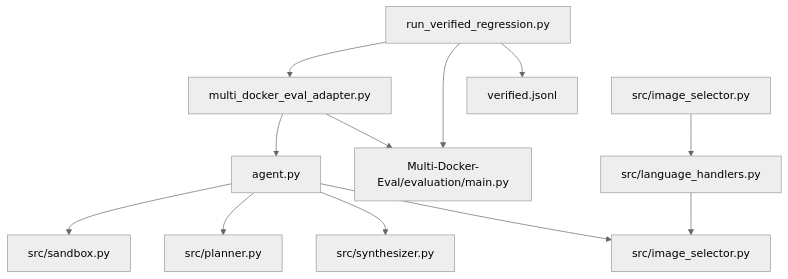
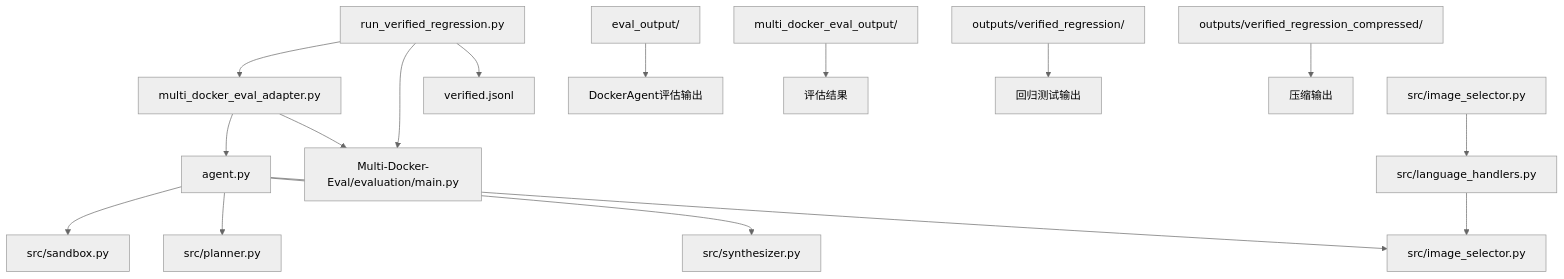
One commit to Jayint/Jayint-repo changed diagram 13 of 14 in .qoder/repowiki/zh/content/核心组件/多Docker评估系统/增强评估框架.md. Above: the diagram before and after it, drawn with Mermaid (neutral theme). The commit also changed other lines of this file and 168 other files, not shown here.

````diff
--- a/.qoder/repowiki/zh/content/核心组件/多Docker评估系统/增强评估框架.md
+++ b/.qoder/repowiki/zh/content/核心组件/多Docker评估系统/增强评估框架.md
@@ -613,14 +812,18 @@
 ```mermaid
 graph TD
 A[agent.py] --> B[src/sandbox.py]
 A --> C[src/planner.py]
 A --> D[src/synthesizer.py]
 A --> E[src/image_selector.py]
 F[multi_docker_eval_adapter.py] --> A
 F --> G[Multi-Docker-Eval/evaluation/main.py]
 H[src/language_handlers.py] --> E
 I[src/image_selector.py] --> H
 J[run_verified_regression.py] --> F
 J --> G
 J --> K[verified.jsonl]
+L[eval_output/] --> M[DockerAgent评估输出]
+N[multi_docker_eval_output/] --> O[评估结果]
+P[outputs/verified_regression/] --> Q[回归测试输出]
+R[outputs/verified_regression_compressed/] --> S[压缩输出]
 ```
````
